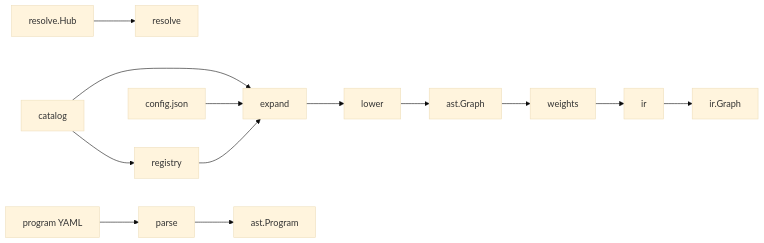
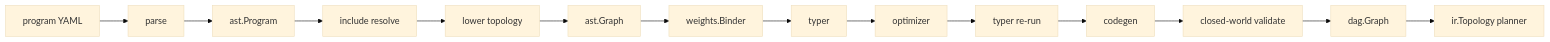
One commit to TheApeMachine/manifesto changed the diagram in README.md. Above: the diagram before and after it, drawn with Mermaid (base theme). The commit also changed other lines of this file and 10 other files, not shown here.

First line of the commit message:
Refactor compiler and enhance topology handling for program compilation

````diff
--- a/README.md
+++ b/README.md
@@ -11,15 +9,16 @@
 ```mermaid
 flowchart LR
-  Hub[resolve.Hub] --> Resolve[resolve]
-  Catalog[catalog] --> Registry[registry]
-  Catalog --> Expand[expand]
-  Config[config.json] --> Expand
-  Registry --> Expand
-  Expand --> Lower[lower]
-  Lower --> AST[ast.Graph]
-  AST --> Weights[weights]
-  Weights --> IR[ir]
-  IR --> Compute[ir.Graph]
   YAML[program YAML] --> Parse[parse]
   Parse --> Program[ast.Program]
+  Program --> Include[include resolve]
+  Include --> Lower[lower topology]
+  Lower --> AST[ast.Graph]
+  AST --> Weights[weights.Binder]
+  Weights --> Typer[typer]
+  Typer --> Optimizer[optimizer]
+  Optimizer --> Typer2[typer re-run]
+  Typer2 --> Codegen[codegen]
+  Codegen --> Validate[closed-world validate]
+  Validate --> DAG[dag.Graph]
+  DAG --> Plan[ir.Topology planner]
 ```
````
